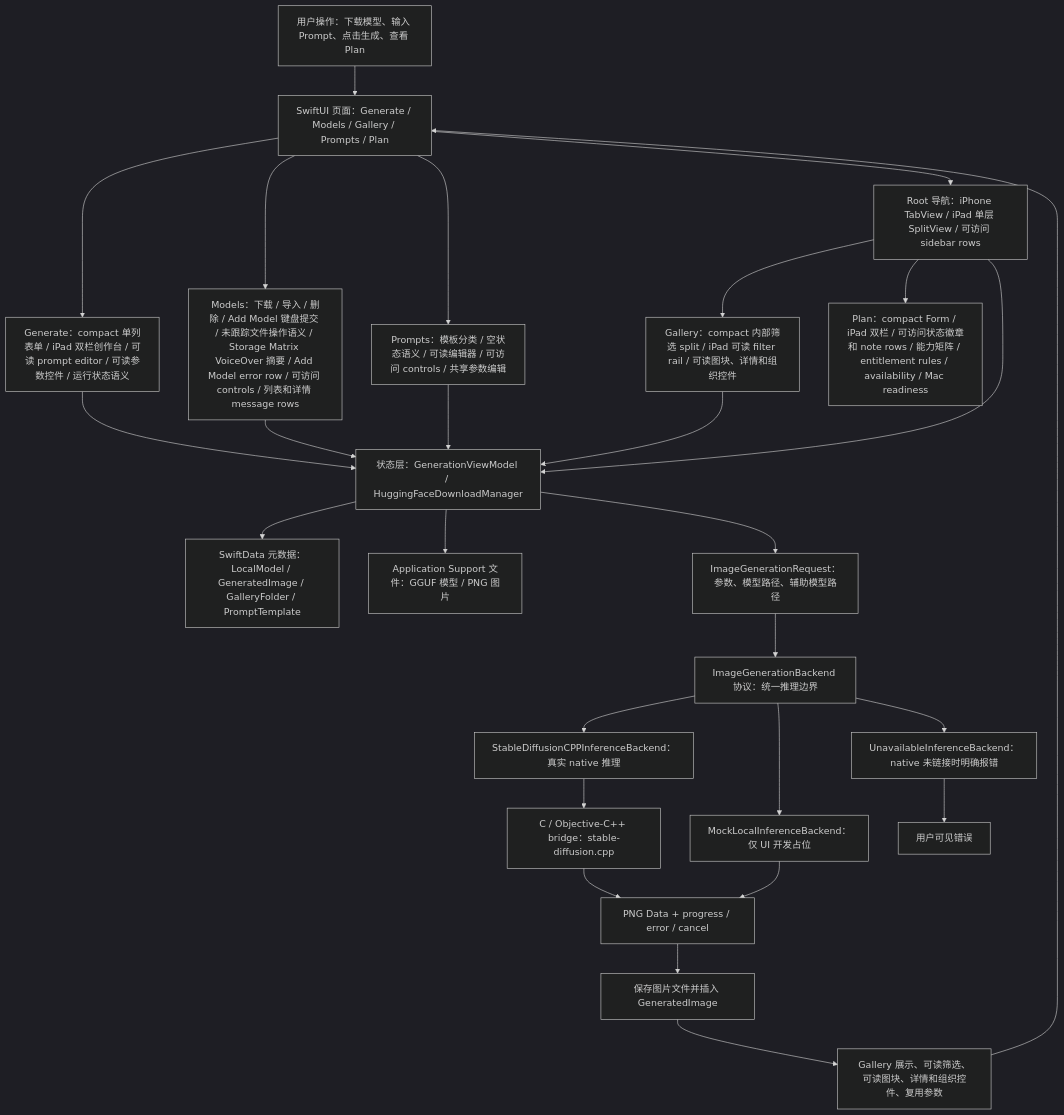
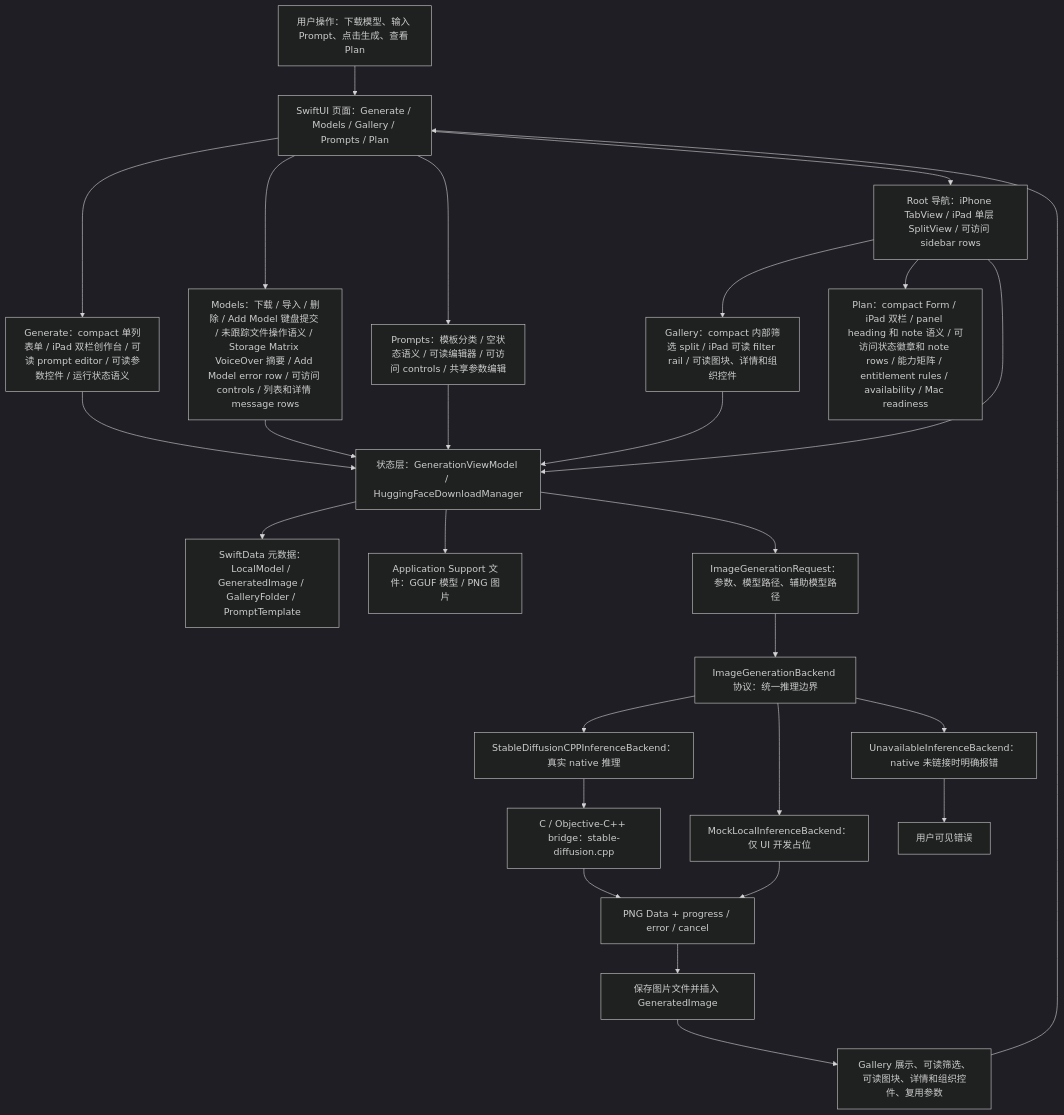
Before and after one commit to Altman-sam114/118: the first of 7 diagrams in md/flow/flowchart.md, drawn with Mermaid (dark theme). The commit also changed 5 other files, not shown here.

First line of the commit message:
v1.31: Plan panel landmark accessibility

````diff
--- a/md/flow/flowchart.md
+++ b/md/flow/flowchart.md
@@ -9,29 +9,29 @@
 ```mermaid
 flowchart TD
   U["用户操作：下载模型、输入 Prompt、点击生成、查看 Plan"] --> UI["SwiftUI 页面：Generate / Models / Gallery / Prompts / Plan"]
   UI --> GENUI["Generate：compact 单列表单 / iPad 双栏创作台 / 可读 prompt editor / 可读参数控件 / 运行状态语义"]
   UI --> MODELUI["Models：下载 / 导入 / 删除 / Add Model 键盘提交 / 未跟踪文件操作语义 / Storage Matrix VoiceOver 摘要 / Add Model error row / 可访问 controls / 列表和详情 message rows"]
   UI --> PROMPTUI["Prompts：模板分类 / 空状态语义 / 可读编辑器 / 可访问 controls / 共享参数编辑"]
   UI --> NAV["Root 导航：iPhone TabView / iPad 单层 SplitView / 可访问 sidebar rows"]
   NAV --> GALUI["Gallery：compact 内部筛选 split / iPad 可读 filter rail / 可读图块、详情和组织控件"]
-  NAV --> PLANUI["Plan：compact Form / iPad 双栏 / 可访问状态徽章和 note rows / 能力矩阵 / entitlement rules / availability / Mac readiness"]
+  NAV --> PLANUI["Plan：compact Form / iPad 双栏 / panel heading 和 note 语义 / 可访问状态徽章和 note rows / 能力矩阵 / entitlement rules / availability / Mac readiness"]
   NAV --> VM["状态层：GenerationViewModel / HuggingFaceDownloadManager"]
   GENUI --> VM
   MODELUI --> VM
   PROMPTUI --> VM
   GALUI --> VM
   VM --> SD["SwiftData 元数据：LocalModel / GeneratedImage / GalleryFolder / PromptTemplate"]
   VM --> FS["Application Support 文件：GGUF 模型 / PNG 图片"]
   VM --> REQ["ImageGenerationRequest：参数、模型路径、辅助模型路径"]
   REQ --> IFACE["ImageGenerationBackend 协议：统一推理边界"]
   IFACE --> NATIVE["StableDiffusionCPPInferenceBackend：真实 native 推理"]
   IFACE --> MOCK["MockLocalInferenceBackend：仅 UI 开发占位"]
   IFACE --> OFF["UnavailableInferenceBackend：native 未链接时明确报错"]
   NATIVE --> BRIDGE["C / Objective-C++ bridge：stable-diffusion.cpp"]
   BRIDGE --> PNG["PNG Data + progress / error / cancel"]
   MOCK --> PNG
   OFF --> ERR["用户可见错误"]
   PNG --> SAVE["保存图片文件并插入 GeneratedImage"]
   SAVE --> GALLERY["Gallery 展示、可读筛选、可读图块、详情和组织控件、复用参数"]
   GALLERY --> UI
 ```
````
